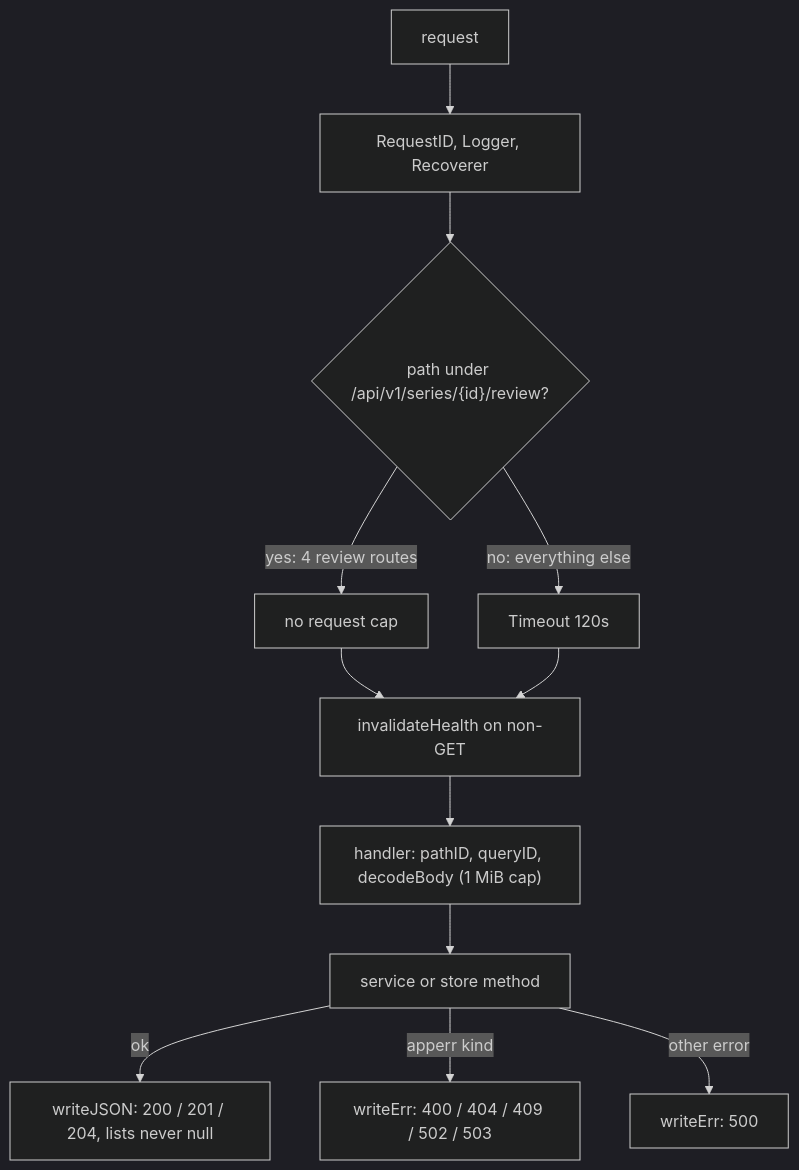
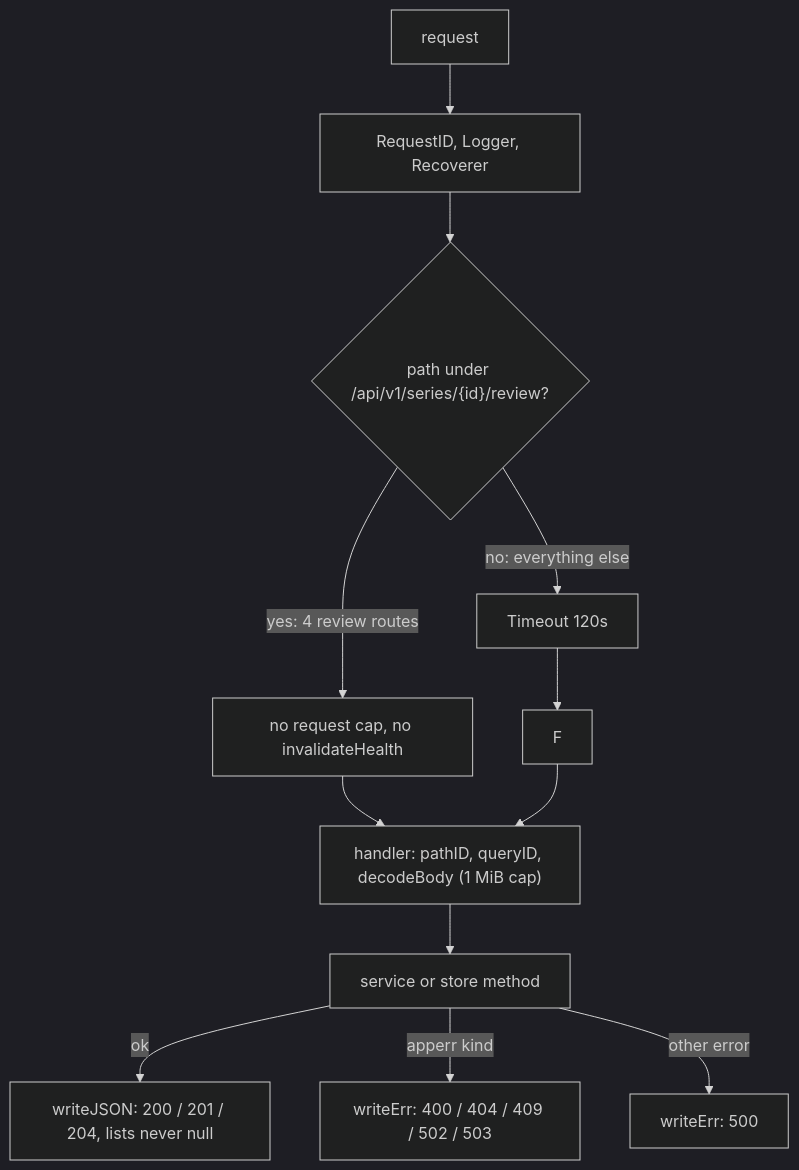
The diagram in docs/api.md (h-wb/sento), drawn with Mermaid (dark theme) before and after one commit. The commit also changed other lines of this file and 9 other files, not shown here.

````diff
--- a/docs/api.md
+++ b/docs/api.md
@@ -76,14 +80,14 @@
 ```mermaid
 flowchart TD
     A["request"] --> B["RequestID, Logger, Recoverer"]
     B --> C{"path under /api/v1/series/{id}/review?"}
-    C -->|"yes: 4 review routes"| D["no request cap"]
+    C -->|"yes: 4 review routes"| D["no request cap, no invalidateHealth"]
     C -->|"no: everything else"| E["Timeout 120s"]
-    D --> F["invalidateHealth on non-GET"]
+    D --> G["handler: pathID, queryID, decodeBody (1 MiB cap)"]
     E --> F
     F --> G["handler: pathID, queryID, decodeBody (1 MiB cap)"]
     G --> H["service or store method"]
     H -->|ok| I["writeJSON: 200 / 201 / 204, lists never null"]
     H -->|apperr kind| J["writeErr: 400 / 404 / 409 / 502 / 503"]
     H -->|other error| K["writeErr: 500"]
 ```
````
